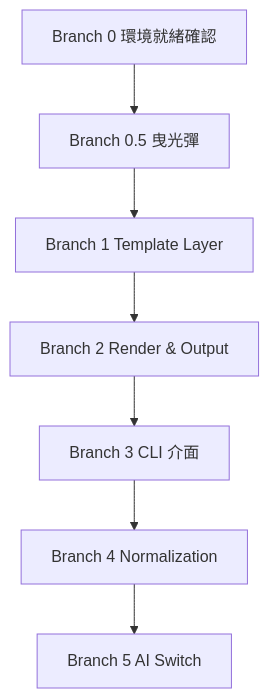
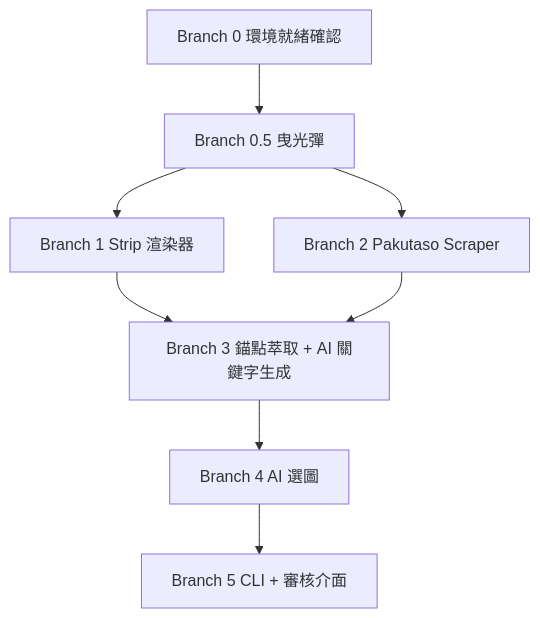
One commit to thehyyu/Katachi changed the diagram in AGENTS.md. Above: the diagram before and after it, drawn with Mermaid. The commit also changed other lines of this file, not shown here.

First line of the commit message:
docs: rewrite AGENTS.md to reflect pivot to photo strip generator

````diff
--- a/AGENTS.md
+++ b/AGENTS.md
@@ -62,9 +132,10 @@
 ```mermaid
 graph TD
     B0[Branch 0 環境就緒確認] --> B05[Branch 0.5 曳光彈]
-    B05 --> B1[Branch 1 Template Layer]
-    B1 --> B2[Branch 2 Render & Output]
-    B2 --> B3[Branch 3 CLI 介面]
-    B3 --> B4[Branch 4 Normalization]
-    B4 --> B5[Branch 5 AI Switch]
+    B05 --> B1[Branch 1 Strip 渲染器]
+    B05 --> B2[Branch 2 Pakutaso Scraper]
+    B1 --> B3[Branch 3 錨點萃取 + AI 關鍵字生成]
+    B2 --> B3
+    B3 --> B4[Branch 4 AI 選圖]
+    B4 --> B5[Branch 5 CLI + 審核介面]
 ```
````
